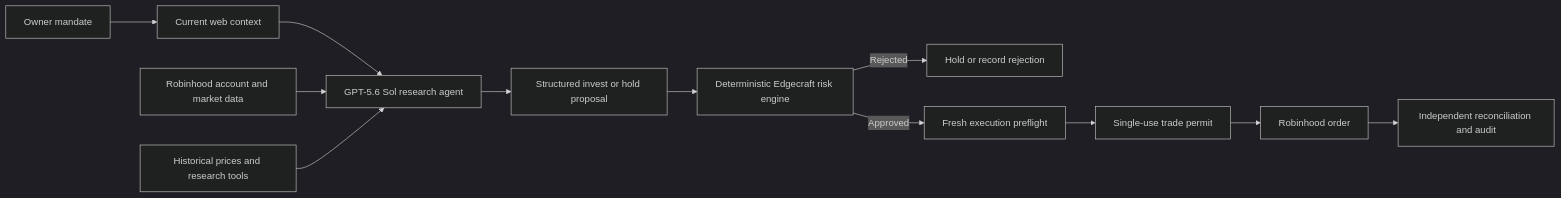
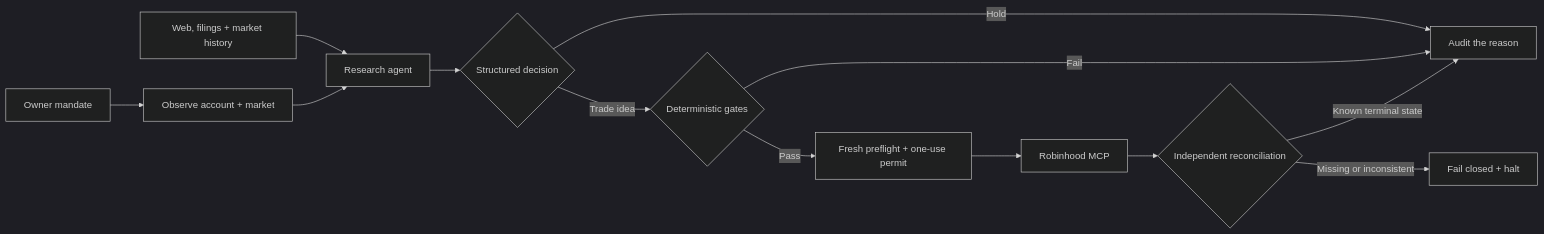
One commit to Amadeus415/agentic_trading changed the diagram in README.md. Above: the diagram before and after it, drawn with Mermaid (dark theme). The commit also changed other lines of this file and 1 other file, not shown here.

````diff
--- a/README.md
+++ b/README.md
@@ -32,14 +66,15 @@
 ```mermaid
 flowchart LR
-    A["Owner mandate"] --> B["Current web context"]
-    B --> C["GPT-5.6 Sol research agent"]
-    D["Robinhood account and market data"] --> C
-    E["Historical prices and research tools"] --> C
-    C --> F["Structured invest or hold proposal"]
-    F --> G["Deterministic Edgecraft risk engine"]
-    G -->|Rejected| H["Hold or record rejection"]
-    G -->|Approved| I["Fresh execution preflight"]
-    I --> J["Single-use trade permit"]
-    J --> K["Robinhood order"]
-    K --> L["Independent reconciliation and audit"]
+    M["Owner mandate"] --> O["Observe account + market"]
+    W["Web, filings + market history"] --> R["Research agent"]
+    O --> R
+    R --> D{"Structured decision"}
+    D -->|"Hold"| A["Audit the reason"]
+    D -->|"Trade idea"| G{"Deterministic gates"}
+    G -->|"Fail"| A
+    G -->|"Pass"| P["Fresh preflight + one-use permit"]
+    P --> B["Robinhood MCP"]
+    B --> X{"Independent reconciliation"}
+    X -->|"Known terminal state"| A
+    X -->|"Missing or inconsistent"| H["Fail closed + halt"]
 ```
````
